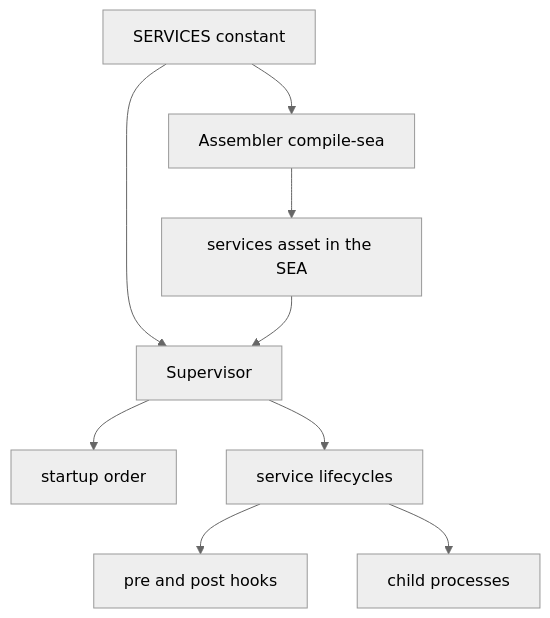
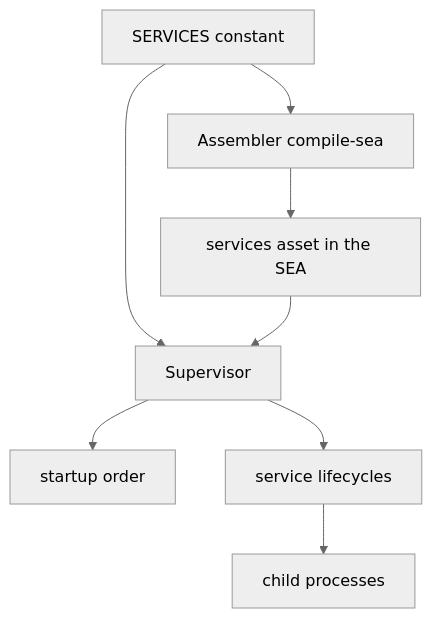
Before and after one commit to virgenherrera/lan-solution-template: the second of 2 diagrams in docs/architecture/declared-services.md, drawn with Mermaid (neutral theme). The commit also changed other lines of this file and 4 other files, not shown here.

First line of the commit message:
docs: drop pre and post hooks from declared services

````diff
--- a/docs/architecture/declared-services.md
+++ b/docs/architecture/declared-services.md
@@ -147,11 +135,10 @@
 ```mermaid
 flowchart TD
     S[SERVICES constant] --> A[Assembler compile-sea]
     S --> V[Supervisor]
     A --> J[services asset in the SEA]
     J --> V
     V --> O[startup order]
     V --> L[service lifecycles]
-    L --> H[pre and post hooks]
     L --> C[child processes]
 ```
````
